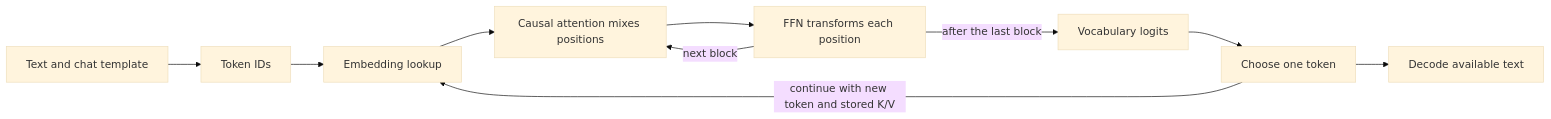
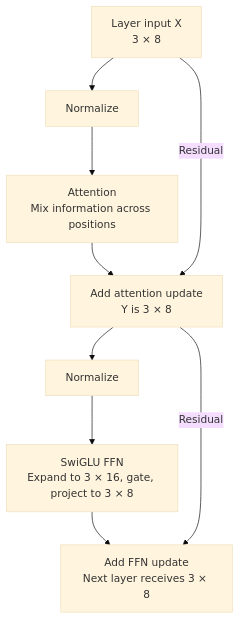
Before and after one commit to Negronii/MyNotes: the third of 7 diagrams in review/generated/ai-engineering.md, drawn with Mermaid (base theme). The commit also changed other lines of this file and 7 other files, not shown here.

```diff
--- a/review/generated/ai-engineering.md
+++ b/review/generated/ai-engineering.md
@@ -144,12 +325,9 @@
 ~~~mermaid
-flowchart LR
-    Text["Text and chat template"] --> IDs["Token IDs"]
-    IDs --> E["Embedding lookup"]
-    E --> A["Causal attention mixes positions"]
-    A --> F["FFN transforms each position"]
-    F -->|next block| A
-    F -->|after the last block| L["Vocabulary logits"]
-    L --> D["Choose one token"]
-    D --> Out["Decode available text"]
-    D -->|continue with new token and stored K/V| E
+flowchart TD
+    X["Layer input X<br/>3 × 8"] --> N1["Normalize"] --> A["Attention<br/>Mix information across positions"]
+    A --> Y["Add attention update<br/>Y is 3 × 8"]
+    X -->|Residual| Y
+    Y --> N2["Normalize"] --> F["SwiGLU FFN<br/>Expand to 3 × 16, gate, project to 3 × 8"]
+    F --> Next["Add FFN update<br/>Next layer receives 3 × 8"]
+    Y -->|Residual| Next
 ~~~
```
